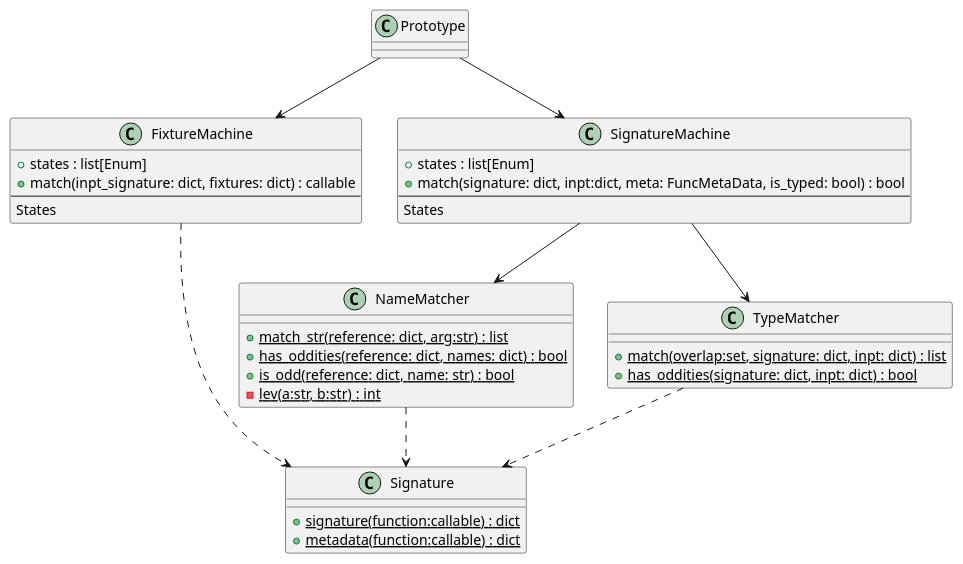
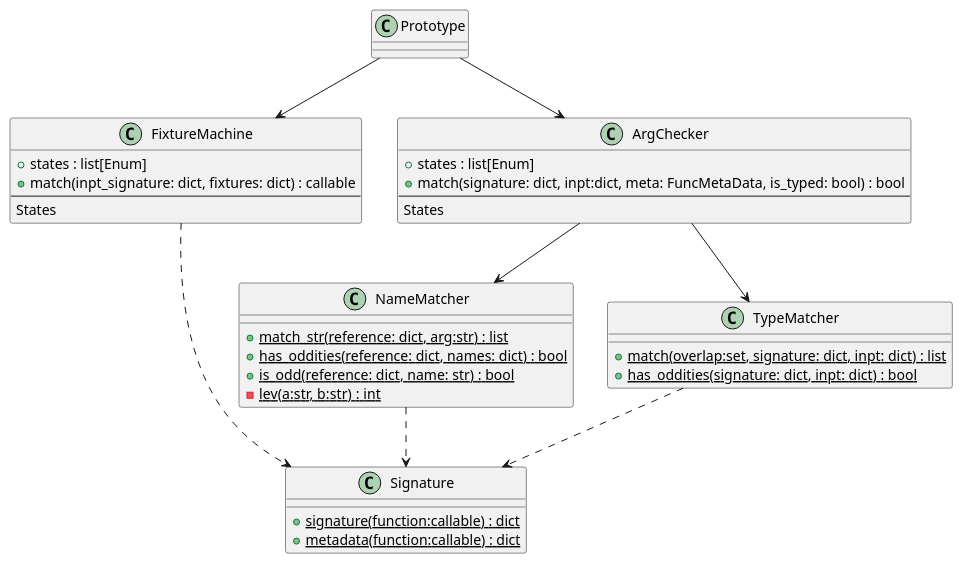
Before and after one commit to daplhall/PyFuncPrototypes: the diagram in docs/diagrams/src/classes.puml, drawn with PlantUML. The commit also changed 11 other files, not shown here.

```diff
--- a/docs/diagrams/src/classes.puml
+++ b/docs/diagrams/src/classes.puml
@@ -1,48 +1,48 @@
 @startuml FunctionPrototype
 hide empty description
 
 class Signature{
 	+{static} signature(function:callable) : dict
 	+{static} metadata(function:callable) : dict
 }
 
 class NameMatcher{
 	+{static} match_str(reference: dict, arg:str) : list
 	+{static} has_oddities(reference: dict, names: dict) : bool
 	+{static} is_odd(reference: dict, name: str) : bool
 	-{static} lev(a:str, b:str) : int
 }
 
 class TypeMatcher{
 	+{static} match(overlap:set, signature: dict, inpt: dict) : list
 	+{static} has_oddities(signature: dict, inpt: dict) : bool
 }
 
 class Prototype{
 	
 }
 
 class FixtureMachine{
 	+ states : list[Enum]
 	+ match(inpt_signature: dict, fixtures: dict) : callable
 	--
 	States
 }
-class SignatureMachine{
+class ArgChecker{
 	+ states : list[Enum]
 	+ match(signature: dict, inpt:dict, meta: FuncMetaData, is_typed: bool) : bool
 	--
 	States
 }
 
 
 
-Prototype-->SignatureMachine
+Prototype-->ArgChecker
 Prototype-->FixtureMachine
-SignatureMachine-->NameMatcher
-SignatureMachine-->TypeMatcher
+ArgChecker-->NameMatcher
+ArgChecker-->TypeMatcher
 NameMatcher ..>Signature
 TypeMatcher ..>Signature
 FixtureMachine ..>Signature
 
 @enduml
```
